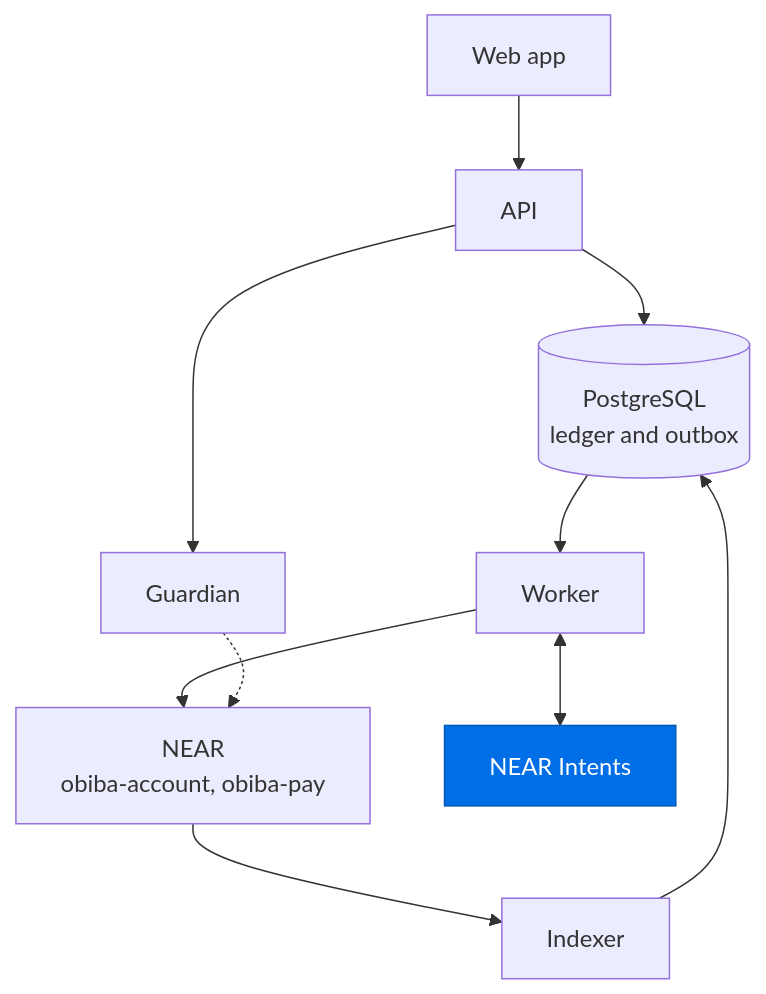
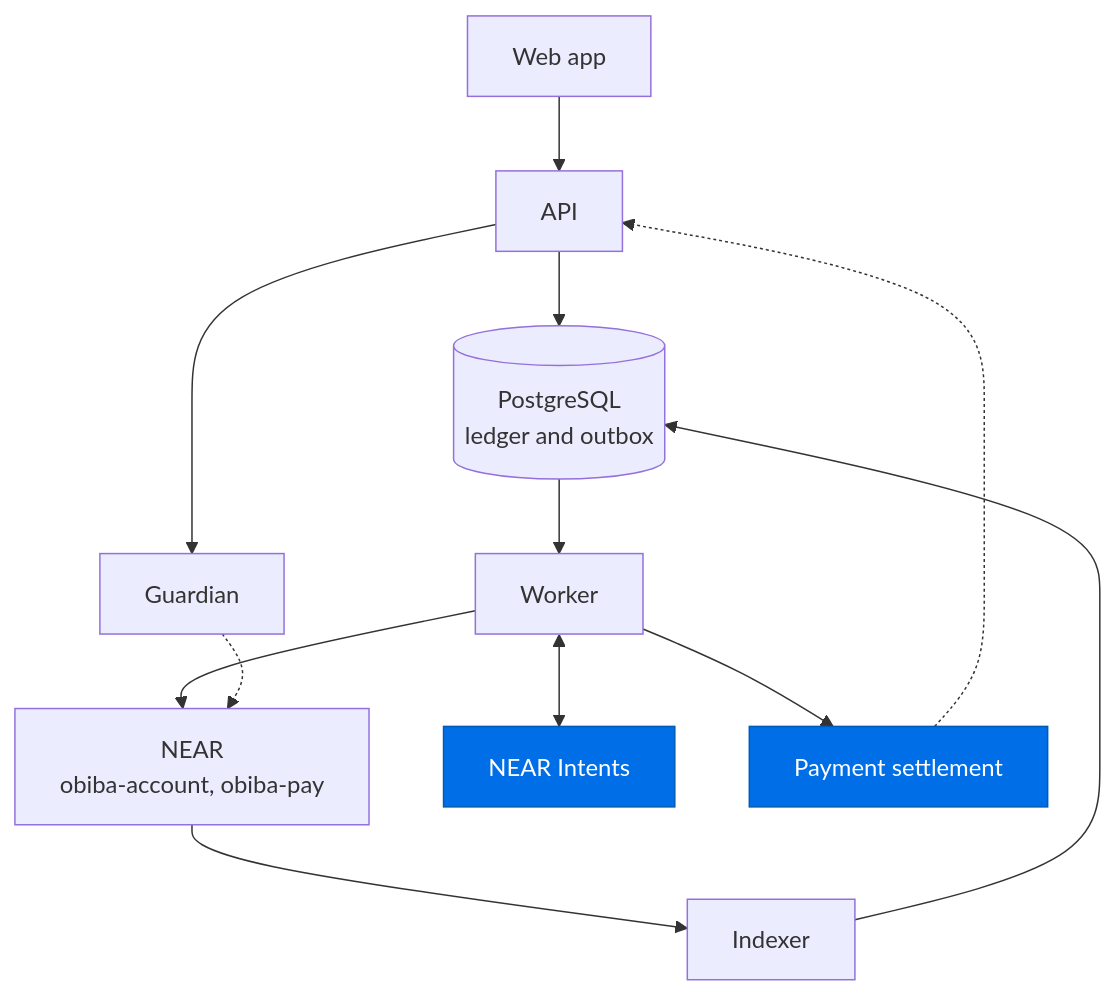
Before and after one commit to FluirLabs/obiba_backend: the fifth of 5 diagrams in README.md, drawn with Mermaid. The commit also changed other lines of this file, not shown here.

Commit message:
Document business checkout and settlement

````diff
--- a/README.md
+++ b/README.md
@@ -71,14 +139,16 @@
 ```mermaid
 flowchart TB
     App["Web app"] --> API["API"]
     API --> DB[("PostgreSQL<br/>ledger and outbox")]
     API --> G["Guardian"]
     DB --> W["Worker"]
     W --> N["NEAR<br/>obiba-account, obiba-pay"]
     W <--> I["NEAR Intents"]
+    W --> S["Payment settlement"]
+    S -.-> API
     G -.-> N
     N --> X["Indexer"]
     X --> DB
     classDef intents fill:#006ee6,stroke:#005bb5,color:#ffffff;
-    class I intents;
+    class I,S intents;
 ```
````
